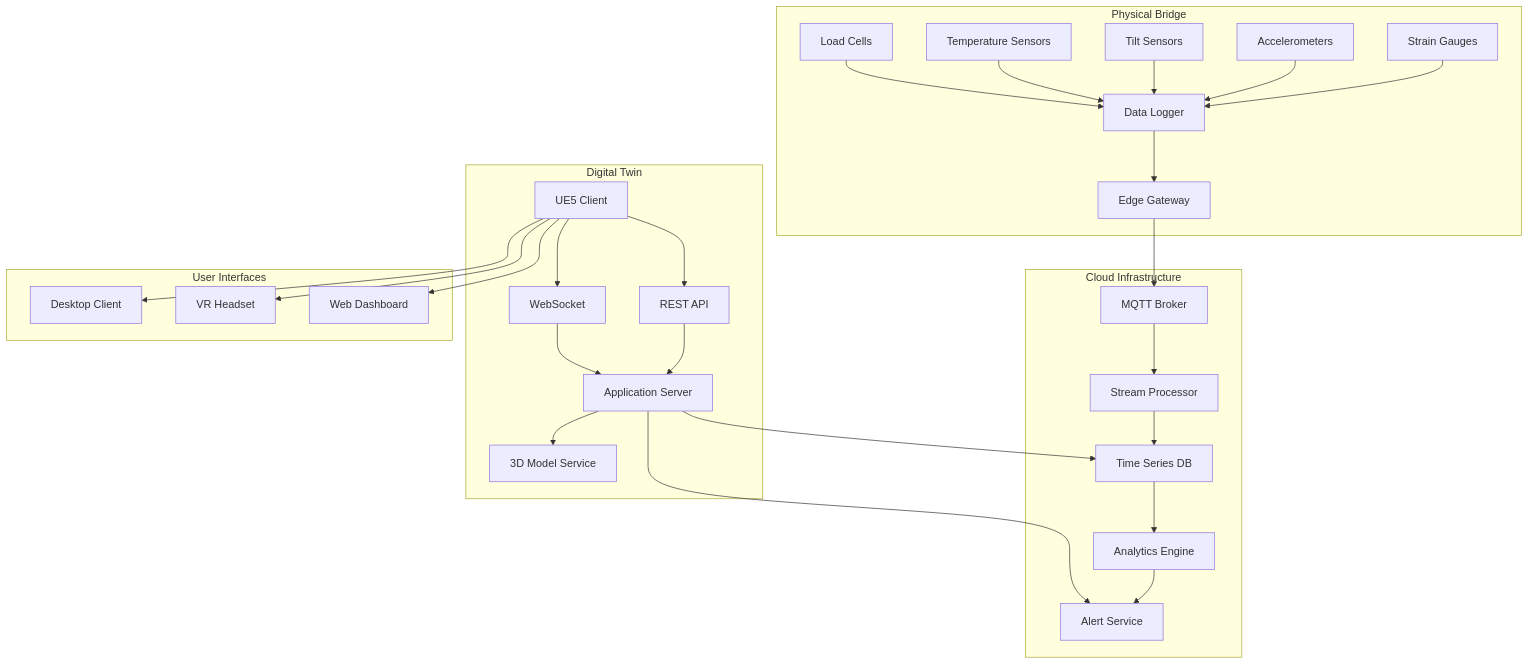
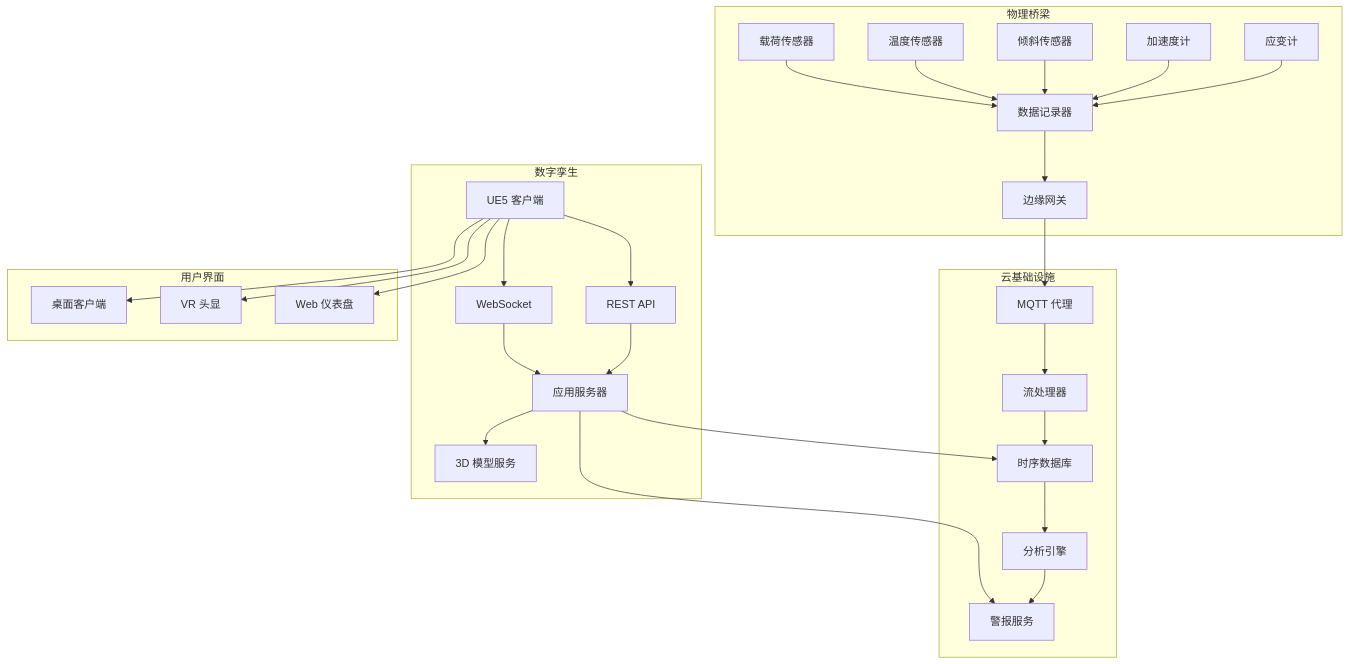
The diagram in docs/projects/bridge-system.md (Ylin97/team_portfolio), drawn with Mermaid before and after one commit. The commit also changed other lines of this file and 9 other files, not shown here.

````diff
--- a/docs/projects/bridge-system.md
+++ b/docs/projects/bridge-system.md
@@ -34,35 +34,35 @@
 ```mermaid
 graph TB
-    subgraph Physical Bridge
-        A[Strain Gauges] --> B[Data Logger]
-        C[Accelerometers] --> B
-        D[Tilt Sensors] --> B
-        E[Temperature Sensors] --> B
-        F[Load Cells] --> B
-        B --> G[Edge Gateway]
+    subgraph 物理桥梁
+        A[应变计] --> B[数据记录器]
+        C[加速度计] --> B
+        D[倾斜传感器] --> B
+        E[温度传感器] --> B
+        F[载荷传感器] --> B
+        B --> G[边缘网关]
     end
     
-    subgraph Cloud Infrastructure
-        G --> H[MQTT Broker]
-        H --> I[Stream Processor]
-        I --> J[Time Series DB]
-        J --> K[Analytics Engine]
-        K --> L[Alert Service]
+    subgraph 云基础设施
+        G --> H[MQTT 代理]
+        H --> I[流处理器]
+        I --> J[时序数据库]
+        J --> K[分析引擎]
+        K --> L[警报服务]
     end
     
-    subgraph Digital Twin
-        M[UE5 Client] --> N[REST API]
+    subgraph 数字孪生
+        M[UE5 客户端] --> N[REST API]
         M --> O[WebSocket]
-        N --> P[Application Server]
+        N --> P[应用服务器]
         O --> P
         P --> J
         P --> L
-        P --> Q[3D Model Service]
+        P --> Q[3D 模型服务]
     end
     
-    subgraph User Interfaces
-        M --> R[Desktop Client]
-        M --> S[VR Headset]
-        M --> T[Web Dashboard]
+    subgraph 用户界面
+        M --> R[桌面客户端]
+        M --> S[VR 头显]
+        M --> T[Web 仪表盘]
     end
 ```
````
